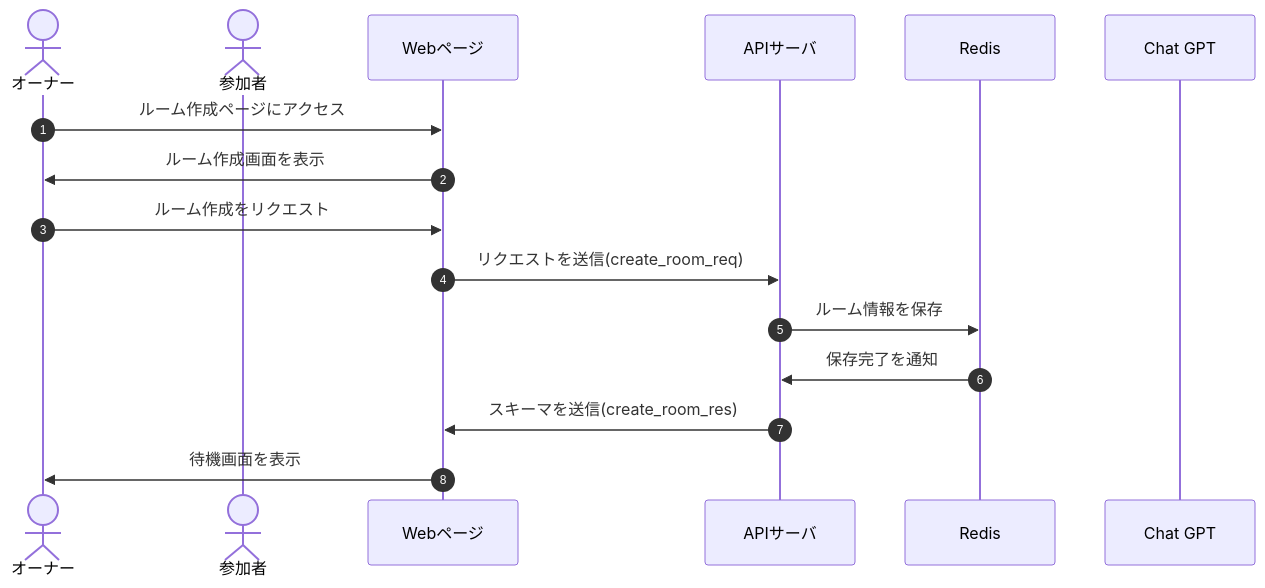
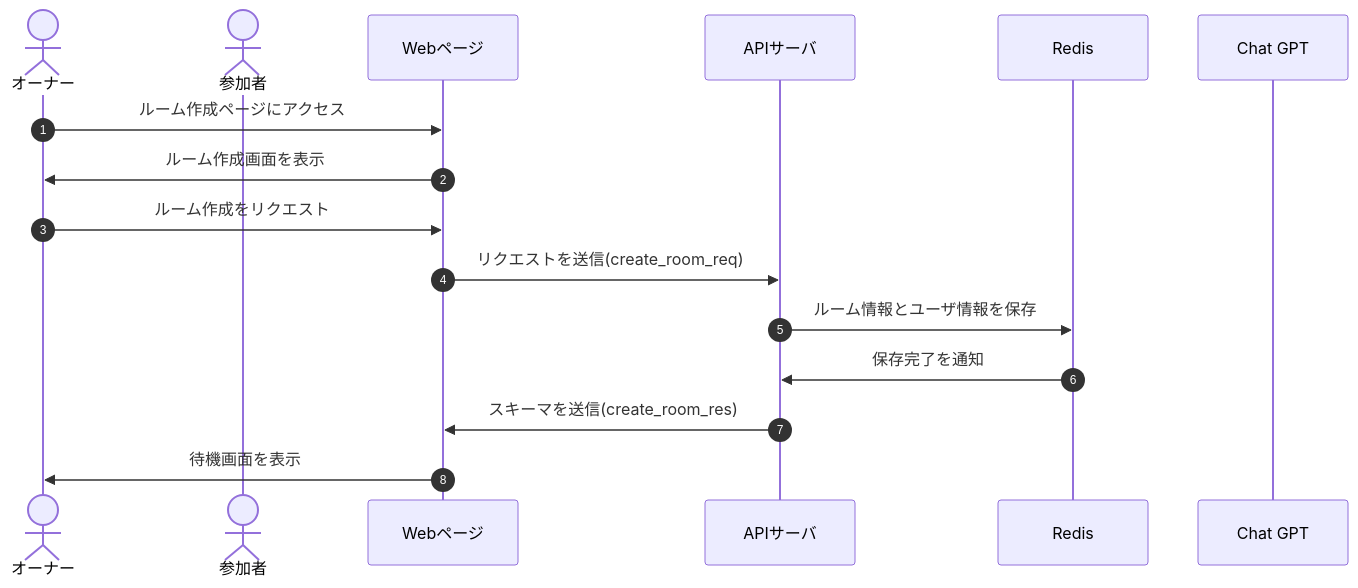
Before and after one commit to Tanakaryuki/chat_wolf: the diagram in docs/DesignDog/01_ルーム作成.md, drawn with Mermaid. The commit also changed other lines of this file and 4 other files, not shown here.

````diff
--- a/docs/DesignDog/01_ルーム作成.md
+++ b/docs/DesignDog/01_ルーム作成.md
@@ -16,19 +17,19 @@
 ```mermaid
 sequenceDiagram
     autonumber
     actor owner as オーナー
     actor participant as 参加者
     participant front as Webページ
     participant api as APIサーバ
     participant db as Redis
     participant ai as Chat GPT
 
     owner->>front: ルーム作成ページにアクセス
     front->>owner: ルーム作成画面を表示
     owner->>front: ルーム作成をリクエスト
     front->>api: リクエストを送信(create_room_req)
-    api->>db: ルーム情報を保存
+    api->>db: ルーム情報とユーザ情報を保存
     db->>api: 保存完了を通知
     api->>front: スキーマを送信(create_room_res)
     front->>owner: 待機画面を表示
 ```
````
